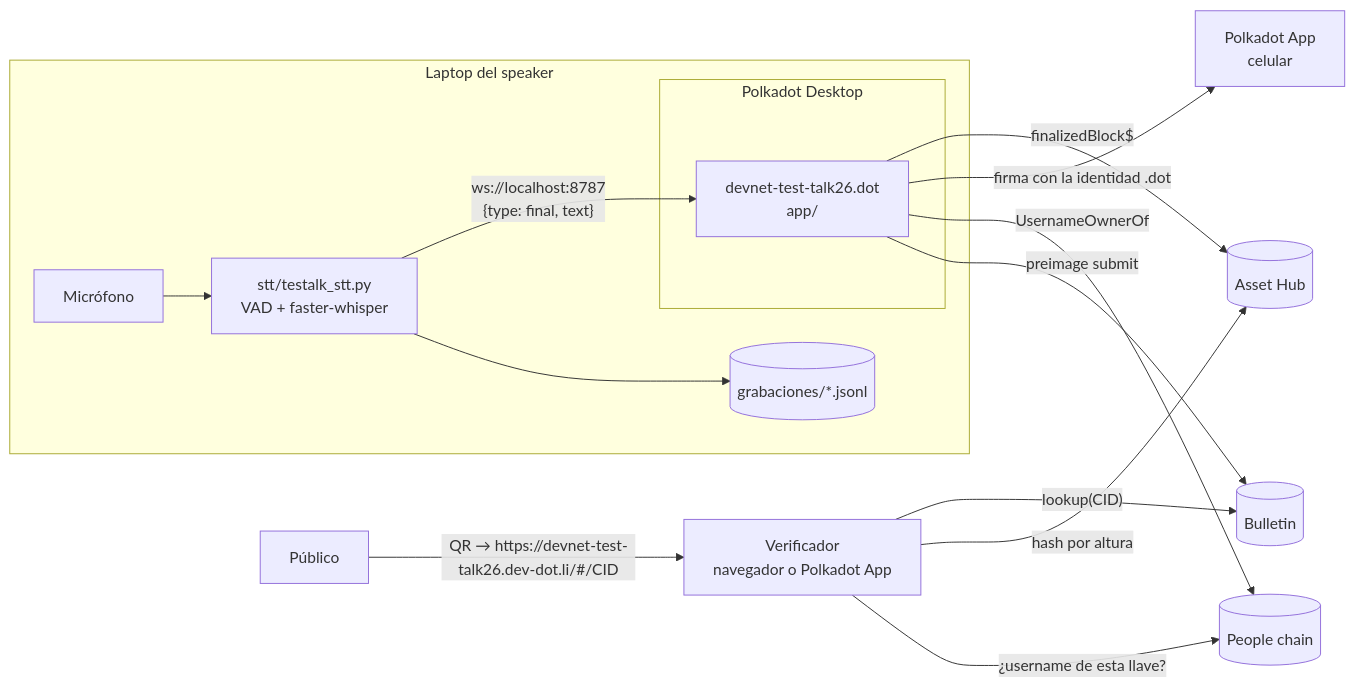
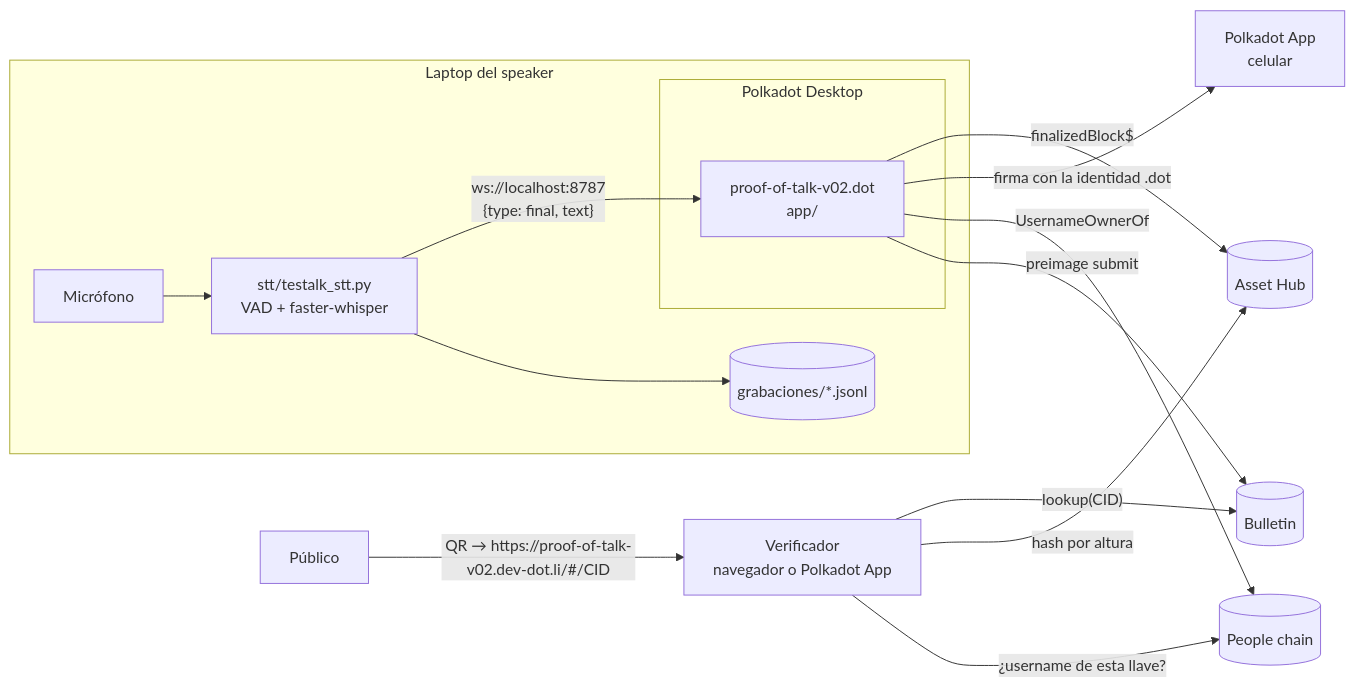
One commit to w3nerick/testalk changed the diagram in docs/architecture.md. Above: the diagram before and after it, drawn with Mermaid. The commit also changed other lines of this file and 7 other files, not shown here.

First line of the commit message:
Dominio nuevo proof-of-talk-v02.dot y deploy con pad 0.22.1

````diff
--- a/docs/architecture.md
+++ b/docs/architecture.md
@@ -6,19 +6,19 @@
 ```mermaid
 flowchart LR
     subgraph Laptop del speaker
         MIC[Micrófono] --> STT[stt/testalk_stt.py<br/>VAD + faster-whisper]
         STT -- "ws://localhost:8787<br/>{type: final, text}" --> APP
         STT --> LOG[(grabaciones/*.jsonl)]
         subgraph Polkadot Desktop
-            APP[devnet-test-talk26.dot<br/>app/]
+            APP[proof-of-talk-v02.dot<br/>app/]
         end
     end
     APP -- "finalizedBlock$" --> AH[(Asset Hub)]
     APP -- "firma con la identidad .dot" --> PA[Polkadot App<br/>celular]
     APP -- "UsernameOwnerOf" --> PE[(People chain)]
     APP -- "preimage submit" --> BU[(Bulletin)]
-    PUB[Público] -- "QR → https://devnet-test-talk26.dev-dot.li/#/CID" --> VER[Verificador<br/>navegador o Polkadot App]
+    PUB[Público] -- "QR → https://proof-of-talk-v02.dev-dot.li/#/CID" --> VER[Verificador<br/>navegador o Polkadot App]
     VER -- "lookup(CID)" --> BU
     VER -- "hash por altura" --> AH
     VER -- "¿username de esta llave?" --> PE
 ```
````
